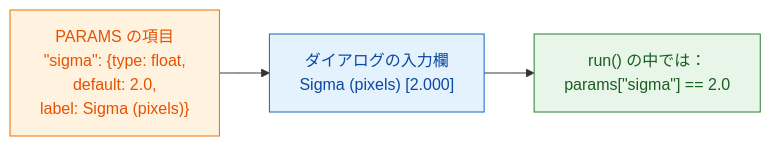
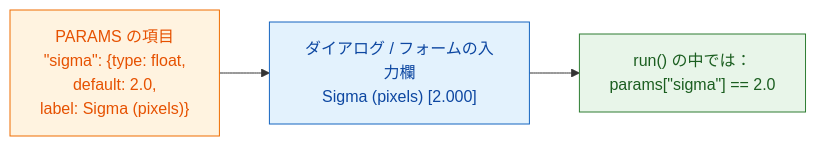
Before and after one commit to Oxford-Zeiss-Centre-of-Excellence/Wavu: the diagram in guide/write/params.ja.md, drawn with Mermaid. The commit also changed other lines of this file and 70 other files, not shown here.

````diff
--- a/guide/write/params.ja.md
+++ b/guide/write/params.ja.md
@@ -11,11 +12,11 @@
 ```mermaid
 flowchart LR
     P["PARAMS の項目<br/>&quot;sigma&quot;: {type: float,<br/>default: 2.0,<br/>label: Sigma (pixels)}"]:::script
-    D["ダイアログの入力欄<br/>Sigma (pixels) [2.000]"]:::fiji
+    D["ダイアログ / フォームの入力欄<br/>Sigma (pixels) [2.000]"]:::fiji
     R["run() の中では：<br/>params[&quot;sigma&quot;] == 2.0"]:::worker
     P --> D --> R
 
     classDef fiji   fill:#e3f2fd,stroke:#1565c0,color:#0d47a1
     classDef worker fill:#e8f5e9,stroke:#2e7d32,color:#1b5e20
     classDef script fill:#fff3e0,stroke:#ef6c00,color:#e65100
 ```
````
